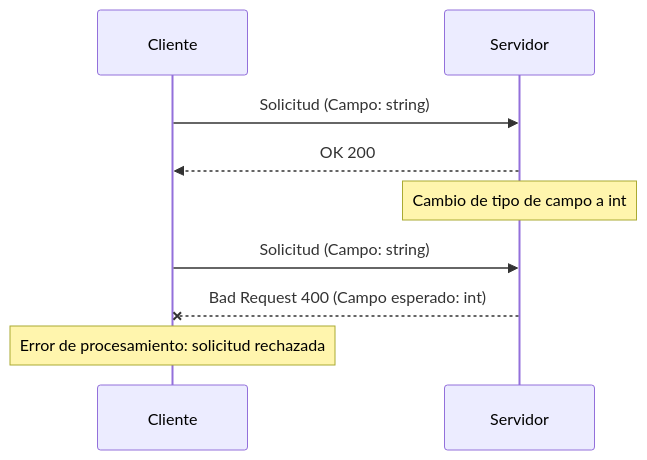
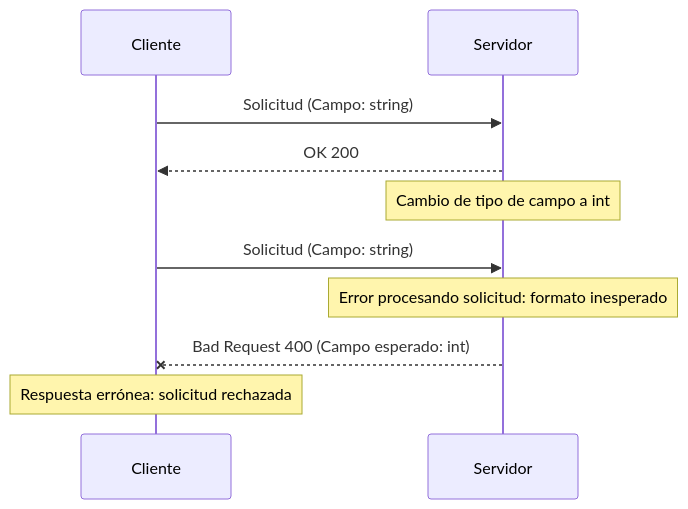
Before and after one commit to miguel-vila/miguel-vila.github.io: the first of 2 diagrams in shared-drafts/2023-07-21-compatibility.md, drawn with Mermaid. The commit also changed other lines of this file, not shown here.

```diff
--- a/shared-drafts/2023-07-21-compatibility.md
+++ b/shared-drafts/2023-07-21-compatibility.md
@@ -32,11 +32,12 @@
 <pre class="mermaid" style="display: block; margin-left: auto; margin-right: auto; width: 90%">
 sequenceDiagram
   participant Cliente as Cliente
   participant Servidor as Servidor
   Cliente->>Servidor: Solicitud (Campo: string)
   Servidor-->>Cliente: OK 200
   Note over Servidor: Cambio de tipo de campo a int
   Cliente->>Servidor: Solicitud (Campo: string)
+  Note over Servidor: Error procesando solicitud: formato inesperado
   Servidor--xCliente: Bad Request 400  (Campo esperado: int)
-  Note over Cliente: Error de procesamiento: solicitud rechazada
+  Note over Cliente: Respuesta errónea: solicitud rechazada
 </pre>
```
